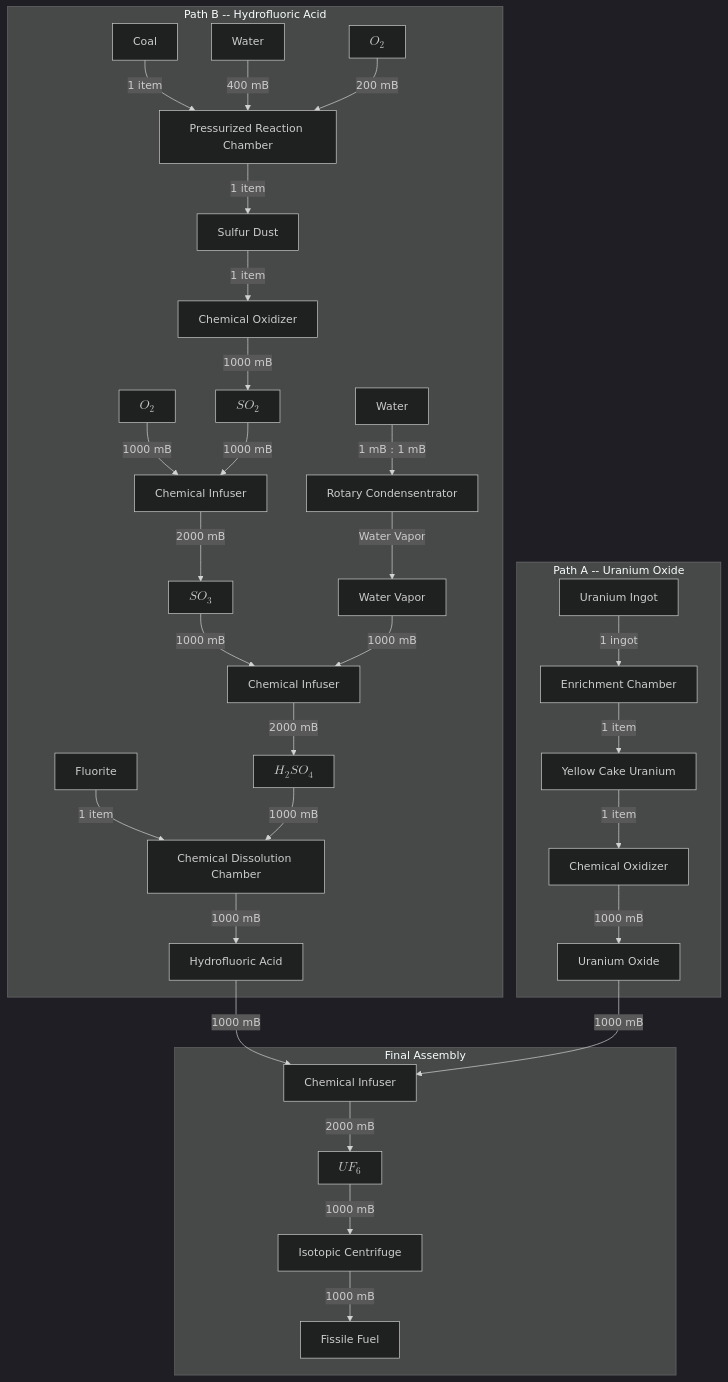
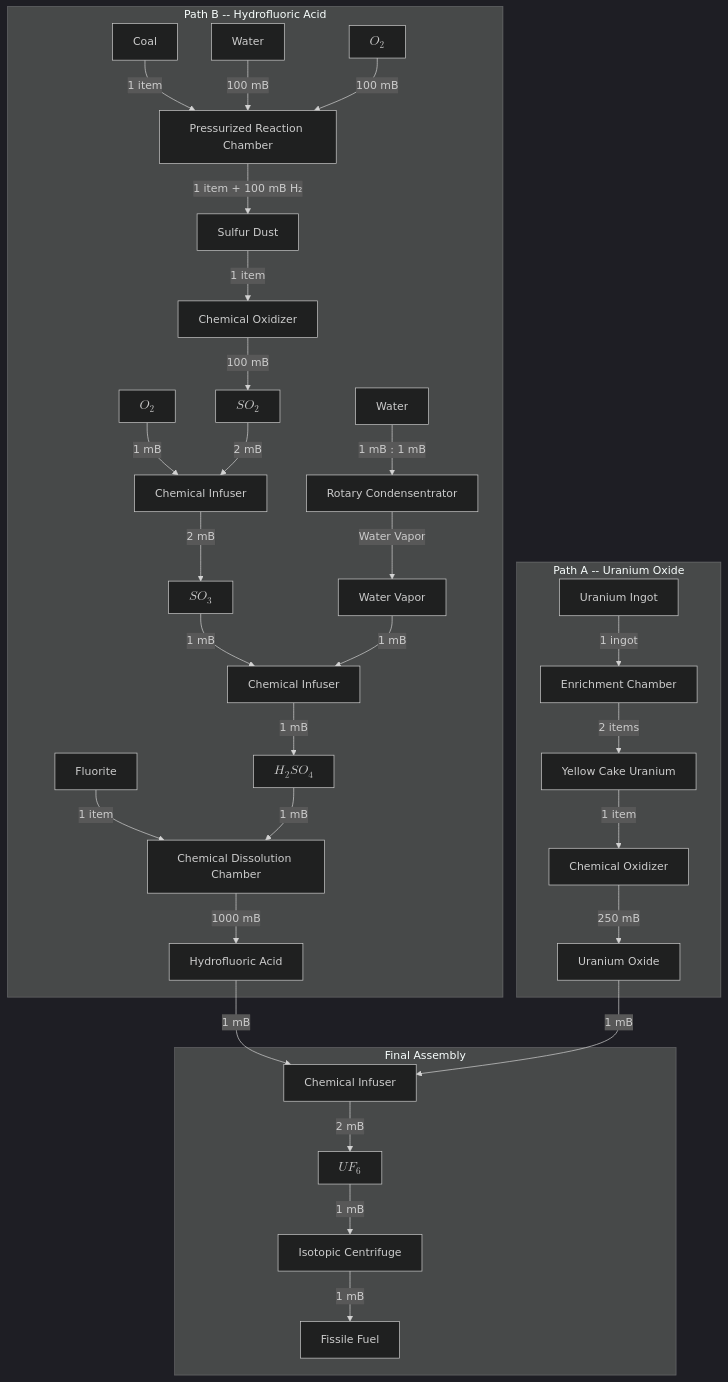
The first of 3 diagrams in docs/mekanism/fissile-fuel-production.md (Kiwifan1/Kiwifan1.github.io), drawn with Mermaid (dark theme) before and after one commit. The commit also changed other lines of this file and 3 other files, not shown here.

````diff
--- a/docs/mekanism/fissile-fuel-production.md
+++ b/docs/mekanism/fissile-fuel-production.md
@@ -7,37 +7,37 @@
 ```mermaid
 flowchart TD
     subgraph PathA["Path A -- Uranium Oxide"]
         UI["Uranium Ingot"] -->|"1 ingot"| EC["Enrichment Chamber"]
-        EC -->|"1 item"| YC["Yellow Cake Uranium"]
+        EC -->|"2 items"| YC["Yellow Cake Uranium"]
         YC -->|"1 item"| COu["Chemical Oxidizer"]
-        COu -->|"1000 mB"| UO["Uranium Oxide"]
+        COu -->|"250 mB"| UO["Uranium Oxide"]
     end
 
     subgraph PathB["Path B -- Hydrofluoric Acid"]
         Coal["Coal"] -->|"1 item"| PRC["Pressurized Reaction Chamber"]
-        Water1["Water"] -->|"400 mB"| PRC
-        O2a["$$O_2$$"] -->|"200 mB"| PRC
-        PRC -->|"1 item"| SD["Sulfur Dust"]
+        Water1["Water"] -->|"100 mB"| PRC
+        O2a["$$O_2$$"] -->|"100 mB"| PRC
+        PRC -->|"1 item + 100 mB H₂"| SD["Sulfur Dust"]
         SD -->|"1 item"| COs["Chemical Oxidizer"]
-        COs -->|"1000 mB"| SO2["$$SO_2$$"]
-        O2b["$$O_2$$"] -->|"1000 mB"| CI1["Chemical Infuser"]
-        SO2 -->|"1000 mB"| CI1
-        CI1 -->|"2000 mB"| SO3["$$SO_3$$"]
+        COs -->|"100 mB"| SO2["$$SO_2$$"]
+        O2b["$$O_2$$"] -->|"1 mB"| CI1["Chemical Infuser"]
+        SO2 -->|"2 mB"| CI1
+        CI1 -->|"2 mB"| SO3["$$SO_3$$"]
         Water2["Water"] -->|"1 mB : 1 mB"| RC["Rotary Condensentrator"]
         RC -->|"Water Vapor"| WV["Water Vapor"]
-        SO3 -->|"1000 mB"| CI2["Chemical Infuser"]
-        WV -->|"1000 mB"| CI2
-        CI2 -->|"2000 mB"| H2SO4["$$H_2SO_4$$"]
+        SO3 -->|"1 mB"| CI2["Chemical Infuser"]
+        WV -->|"1 mB"| CI2
+        CI2 -->|"1 mB"| H2SO4["$$H_2SO_4$$"]
         Fluorite["Fluorite"] -->|"1 item"| CDC["Chemical Dissolution Chamber"]
-        H2SO4 -->|"1000 mB"| CDC
+        H2SO4 -->|"1 mB"| CDC
         CDC -->|"1000 mB"| HF["Hydrofluoric Acid"]
     end
 
     subgraph Final["Final Assembly"]
-        HF -->|"1000 mB"| CI3["Chemical Infuser"]
-        UO -->|"1000 mB"| CI3
-        CI3 -->|"2000 mB"| UF6["$$UF_6$$"]
-        UF6 -->|"1000 mB"| IC["Isotopic Centrifuge"]
-        IC -->|"1000 mB"| FF["Fissile Fuel"]
+        HF -->|"1 mB"| CI3["Chemical Infuser"]
+        UO -->|"1 mB"| CI3
+        CI3 -->|"2 mB"| UF6["$$UF_6$$"]
+        UF6 -->|"1 mB"| IC["Isotopic Centrifuge"]
+        IC -->|"1 mB"| FF["Fissile Fuel"]
     end
 ```
````
